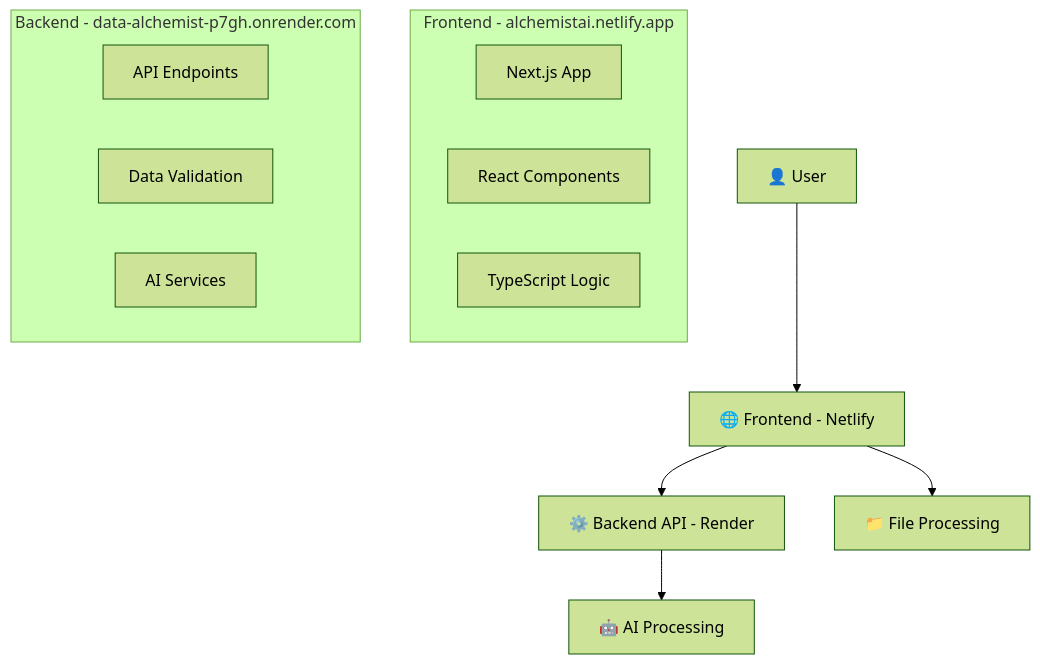
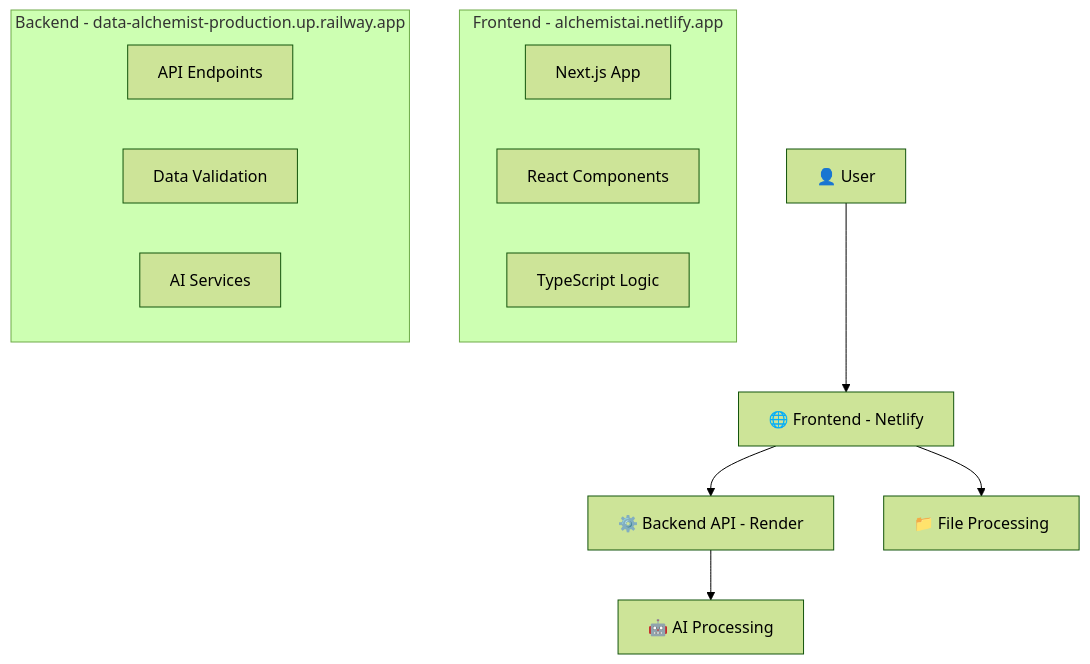
The second of 3 diagrams in README.md (Anandprafull/Data-Alchemist), drawn with Mermaid (forest theme) before and after one commit. The commit also changed other lines of this file and 18 other files, not shown here.

````diff
--- a/README.md
+++ b/README.md
@@ -90,19 +89,19 @@
 ```mermaid
 graph TB
     A[👤 User] --> B[🌐 Frontend - Netlify]
     B --> C[⚙️ Backend API - Render]
     C --> D[🤖 AI Processing]
     B --> E[📁 File Processing]
     
     subgraph "Frontend - alchemistai.netlify.app"
         B1[Next.js App]
         B2[React Components]
         B3[TypeScript Logic]
     end
     
-    subgraph "Backend - data-alchemist-p7gh.onrender.com"
+    subgraph "Backend - data-alchemist-production.up.railway.app"
         C1[API Endpoints]
         C2[Data Validation]
         C3[AI Services]
     end
 ```
````
